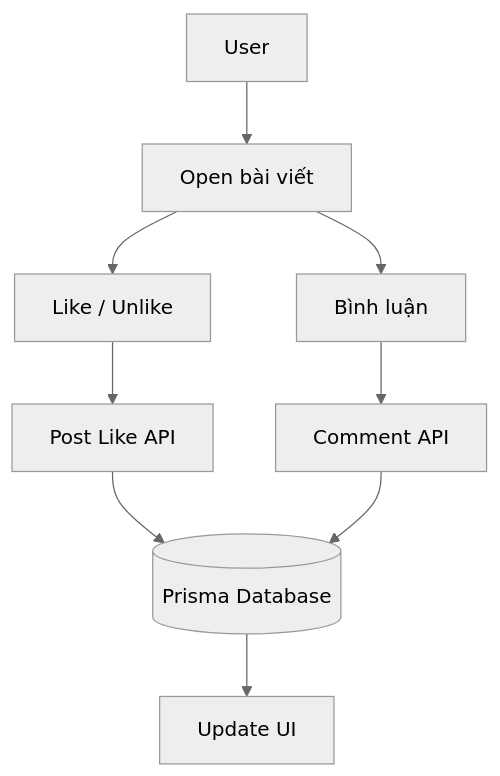
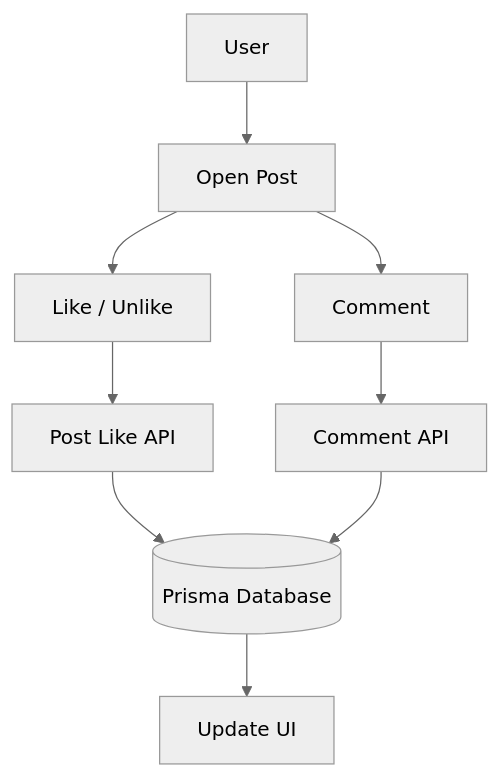
One commit to LeNguyenTatThang/Halogram changed the fourth of 4 diagrams in README.md. Above: the diagram before and after it, drawn with Mermaid (neutral theme). The commit also changed other lines of this file, not shown here.

````diff
--- a/README.md
+++ b/README.md
@@ -339,11 +397,35 @@
 ```mermaid
 flowchart TD
-    U[User] --> P[Open bài viết]
-    P --> L[Like / Unlike]
-    P --> Cmt[Bình luận]
-    L --> API[Post Like API]
-    Cmt --> API2[Comment API]
-    API --> DB[(Prisma Database)]
-    API2 --> DB
-    DB --> UI[Update UI]
+
+User[User]
+
+Post[Open Post]
+
+Like[Like / Unlike]
+
+Comment[Comment]
+
+LikeAPI[Post Like API]
+
+CommentAPI[Comment API]
+
+DB[(Prisma Database)]
+
+Update[Update UI]
+
+User --> Post
+
+Post --> Like
+
+Post --> Comment
+
+Like --> LikeAPI
+
+Comment --> CommentAPI
+
+LikeAPI --> DB
+
+CommentAPI --> DB
+
+DB --> Update
 ```
````
